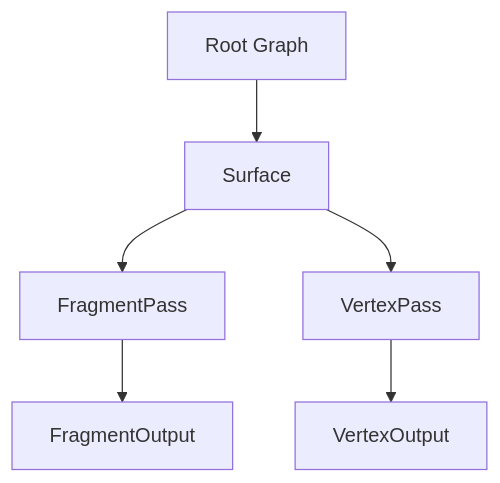
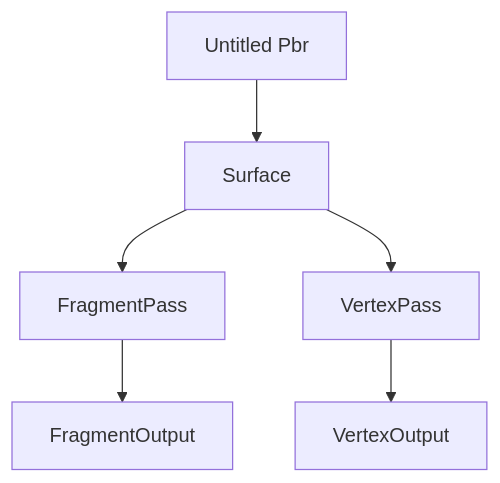
Before and after one commit to omid3098/openshadergraph: the second of 2 diagrams in docs/getting-started.md, drawn with Mermaid. The commit also changed other lines of this file and 3 other files, not shown here.

````diff
--- a/docs/getting-started.md
+++ b/docs/getting-started.md
@@ -27,8 +52,8 @@
 ```mermaid
 graph TD
-    A[Root Graph] --> B[Surface]
+    A[Untitled Pbr] --> B[Surface]
     B --> C[FragmentPass]
     B --> D[VertexPass]
     C --> E[FragmentOutput]
     D --> F[VertexOutput]
 ```
````
